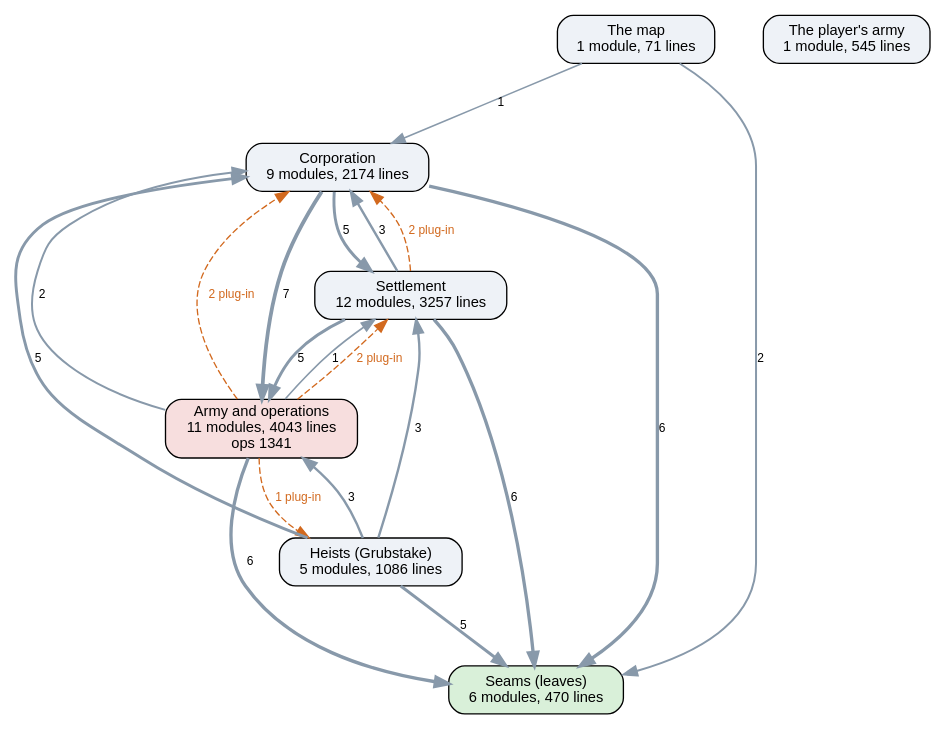
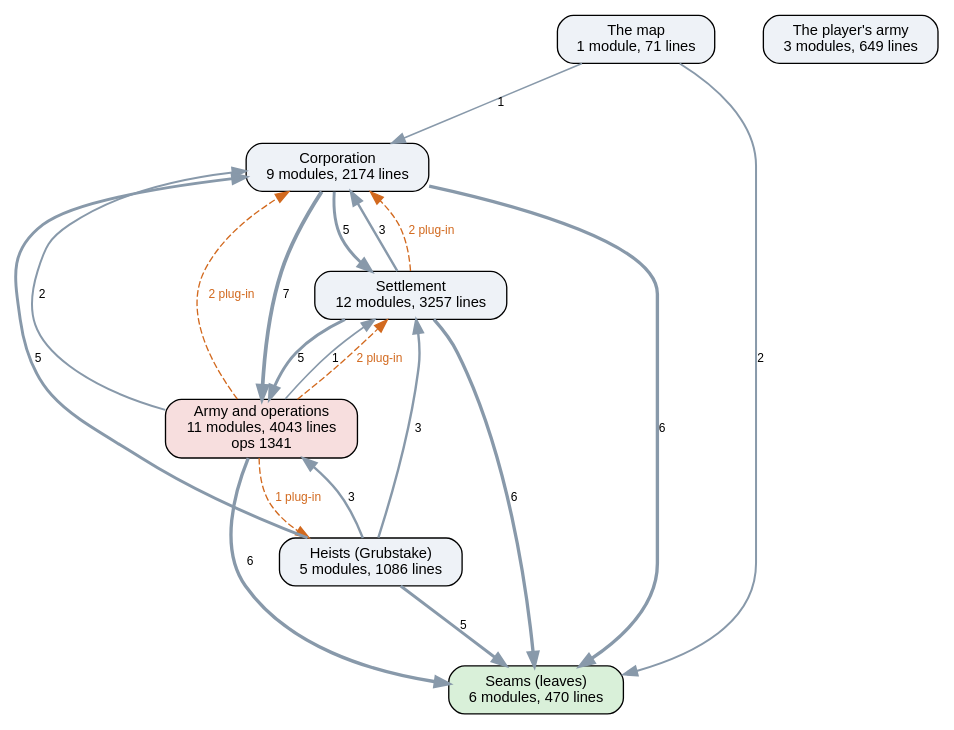
The diagram in docs/ai-layers.dot (kinelhu/landing-party), drawn with Graphviz before and after one commit. The commit also changed 15 other files, not shown here.

First line of the commit message:
The threat scanner and roads for the player's army

```diff
--- a/docs/ai-layers.dot
+++ b/docs/ai-layers.dot
@@ -1,31 +1,31 @@
 digraph layers {
   graph [rankdir=TB, fontname="Helvetica", nodesep=0.5, ranksep=0.7];
   node [shape=box, style="rounded,filled", fontname="Helvetica", fontsize=11, fillcolor="#eef2f7"];
   edge [color="#8899aa", fontname="Helvetica", fontsize=9];
   "Seams (leaves)" [label="Seams (leaves)\n6 modules, 470 lines", fillcolor="#d9f0d9"];
   "Corporation" [label="Corporation\n9 modules, 2174 lines", fillcolor="#eef2f7"];
   "Settlement" [label="Settlement\n12 modules, 3257 lines", fillcolor="#eef2f7"];
   "Army and operations" [label="Army and operations\n11 modules, 4043 lines\nops 1341", fillcolor="#f7dede"];
   "Heists (Grubstake)" [label="Heists (Grubstake)\n5 modules, 1086 lines", fillcolor="#eef2f7"];
   "The map" [label="The map\n1 module, 71 lines", fillcolor="#eef2f7"];
-  "The player's army" [label="The player's army\n1 module, 545 lines", fillcolor="#eef2f7"];
+  "The player's army" [label="The player's army\n3 modules, 649 lines", fillcolor="#eef2f7"];
   "Army and operations" -> "Corporation" [label="2", penwidth=1.5];
   "Army and operations" -> "Seams (leaves)" [label="6", penwidth=2.5];
   "Army and operations" -> "Settlement" [label="1", penwidth=1.2];
   "Corporation" -> "Army and operations" [label="7", penwidth=2.8];
   "Corporation" -> "Seams (leaves)" [label="6", penwidth=2.5];
   "Corporation" -> "Settlement" [label="5", penwidth=2.2];
   "Heists (Grubstake)" -> "Army and operations" [label="3", penwidth=1.8];
   "Heists (Grubstake)" -> "Corporation" [label="5", penwidth=2.2];
   "Heists (Grubstake)" -> "Seams (leaves)" [label="5", penwidth=2.2];
   "Heists (Grubstake)" -> "Settlement" [label="3", penwidth=1.8];
   "Settlement" -> "Army and operations" [label="5", penwidth=2.2];
   "Settlement" -> "Corporation" [label="3", penwidth=1.8];
   "Settlement" -> "Seams (leaves)" [label="6", penwidth=2.5];
   "The map" -> "Corporation" [label="1", penwidth=1.2];
   "The map" -> "Seams (leaves)" [label="2", penwidth=1.5];
   "Army and operations" -> "Corporation" [style=dashed, color="#d2691e", fontcolor="#d2691e", label="2 plug-in"];
   "Army and operations" -> "Heists (Grubstake)" [style=dashed, color="#d2691e", fontcolor="#d2691e", label="1 plug-in"];
   "Army and operations" -> "Settlement" [style=dashed, color="#d2691e", fontcolor="#d2691e", label="2 plug-in"];
   "Settlement" -> "Corporation" [style=dashed, color="#d2691e", fontcolor="#d2691e", label="2 plug-in"];
 }
```
